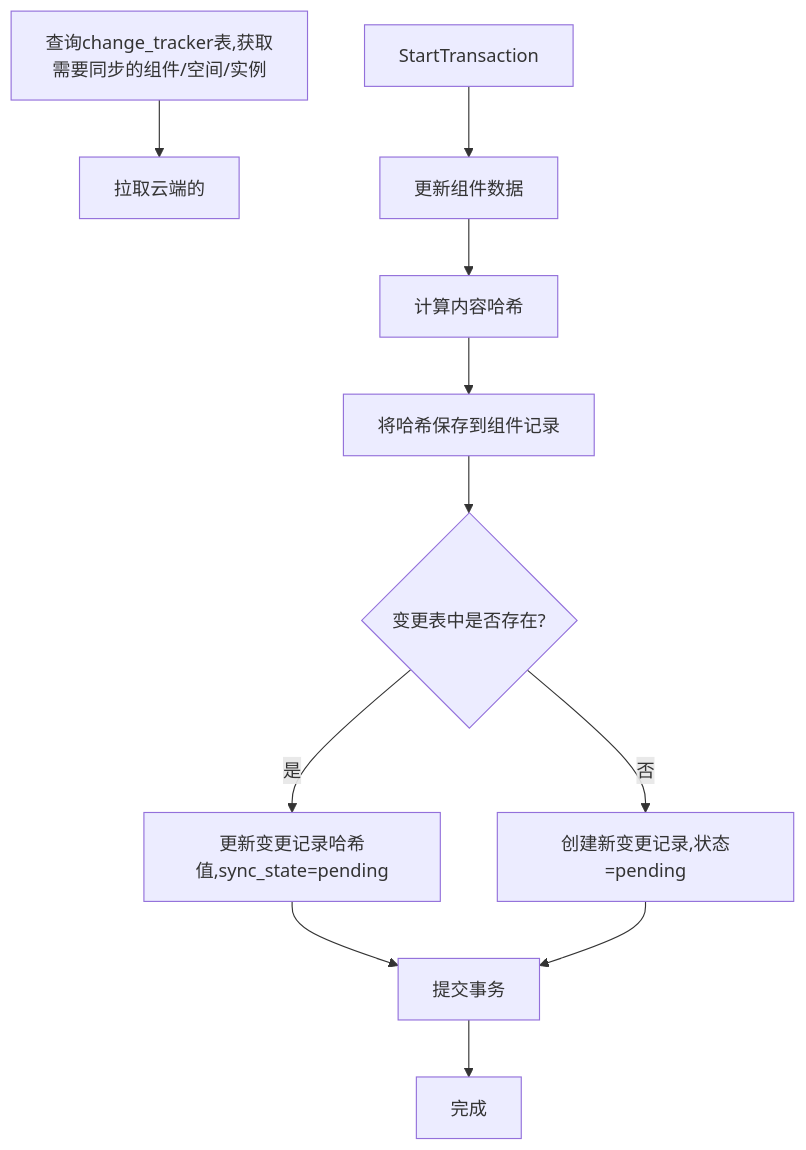
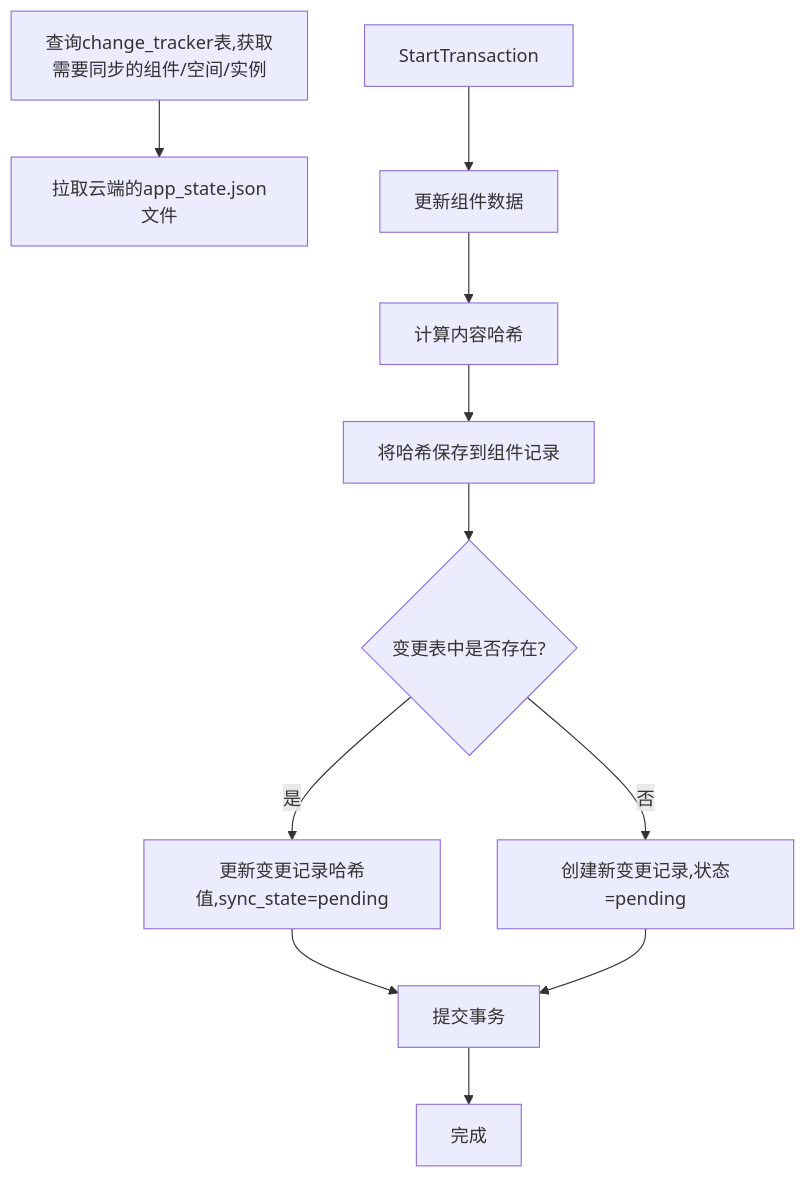
One commit to yingjianzh/iodraw-files changed the diagram in all/未命名-43.md. Above: the diagram before and after it, drawn with Mermaid.

Commit message:
2025-04-25 18:13:17 update

````diff
--- a/all/未命名-43.md
+++ b/all/未命名-43.md
@@ -1,17 +1,17 @@
 ```mermaid
 
 flowchart TD
-    Start[查询change_tracker表,获取需要同步的组件/空间/实例] --> A[拉取云端的]
+    Start[查询change_tracker表,获取需要同步的组件/空间/实例] --> A[拉取云端的app_state.json文件]
     StartTransaction --> UpdateComponent[更新组件数据]
     UpdateComponent --> CalcHash[计算内容哈希]
     CalcHash --> SaveHash[将哈希保存到组件记录]
     SaveHash --> CheckExists{变更表中是否存在?}
     
     CheckExists -- 是 --> UpdateChange[更新变更记录哈希值,sync_state=pending]
     CheckExists -- 否 --> CreateChange[创建新变更记录,状态=pending]
     
     UpdateChange --> CommitTransaction[提交事务]
     CreateChange --> CommitTransaction
     CommitTransaction --> End[完成]
 
 ```
````
